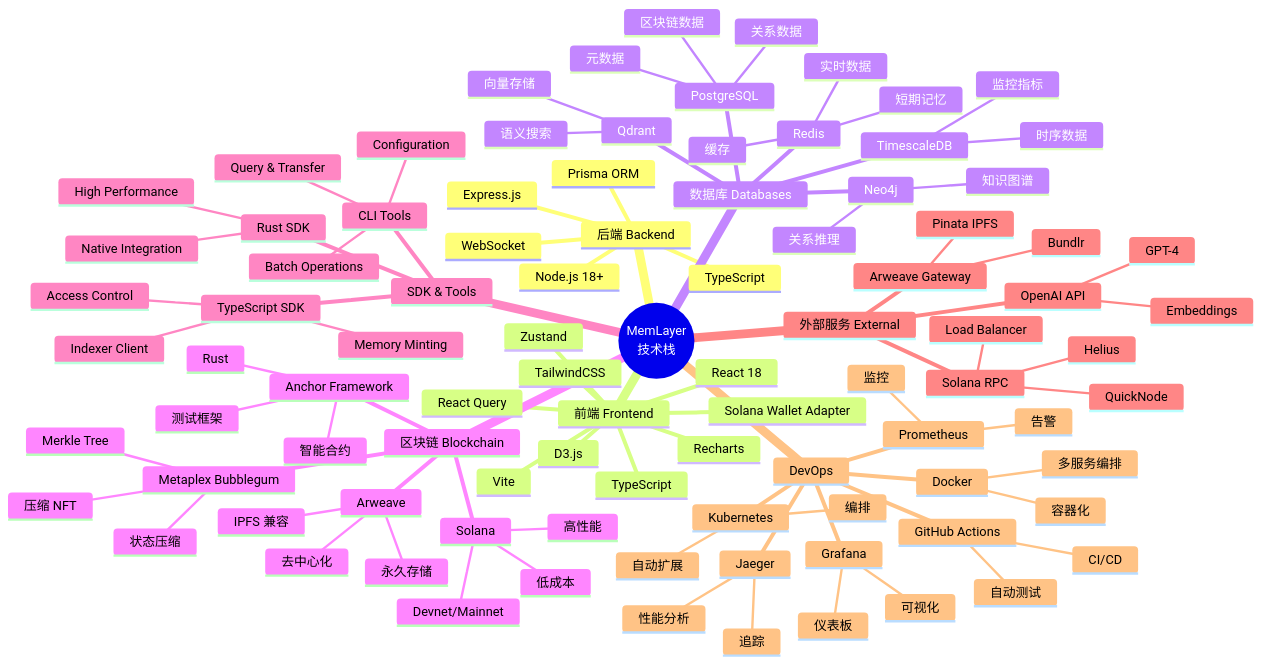
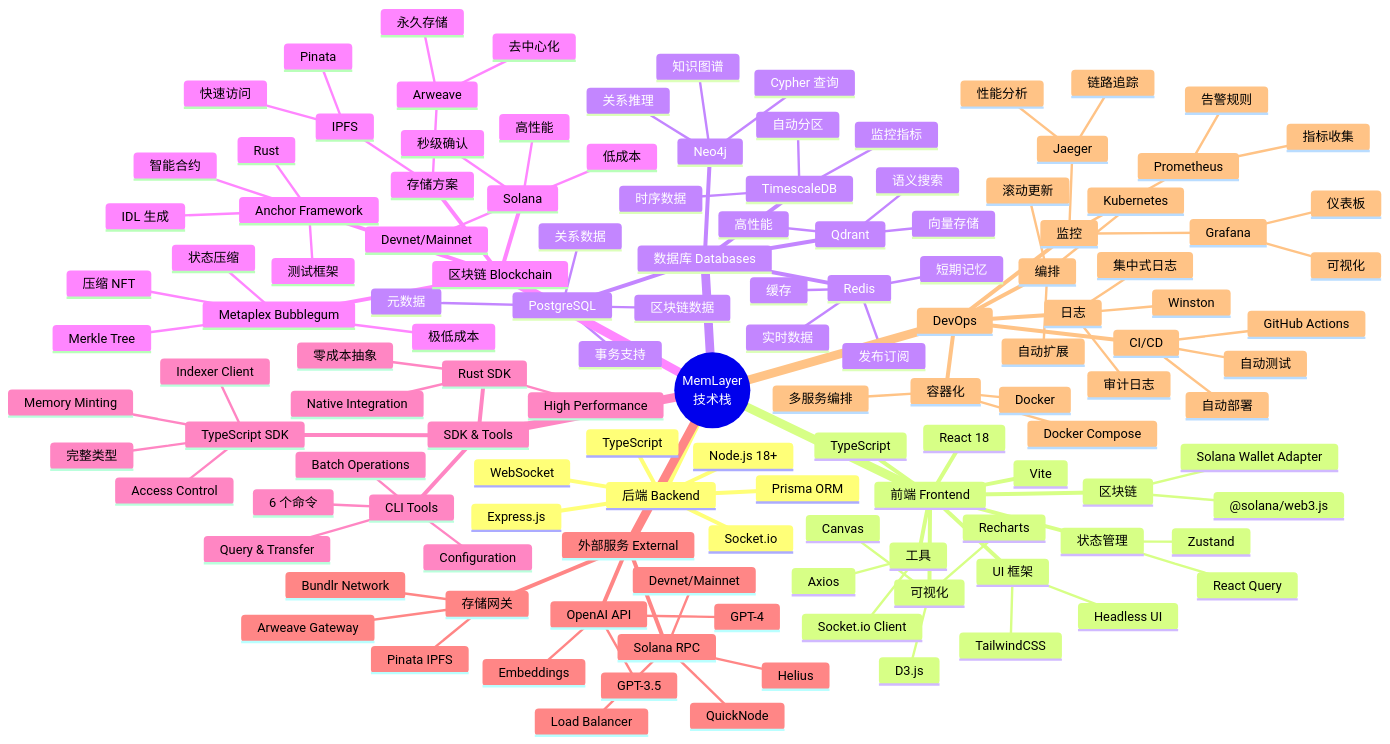
One commit to tao-shen/MemLayer changed the eighth of 13 diagrams in PROJECT_ARCHITECTURE.md. Above: the diagram before and after it, drawn with Mermaid. The commit also changed other lines of this file and 33 other files, not shown here.

First line of the commit message:
docs(architecture): Update comprehensive project architecture documentation

````diff
--- a/PROJECT_ARCHITECTURE.md
+++ b/PROJECT_ARCHITECTURE.md
@@ -465,91 +591,127 @@
       Express.js
       Prisma ORM
       WebSocket
+      Socket.io
     前端 Frontend
       React 18
       TypeScript
       Vite
-      Solana Wallet Adapter
-      TailwindCSS
-      D3.js
-      Recharts
-      React Query
-      Zustand
+      状态管理
+        Zustand
+        React Query
+      UI 框架
+        TailwindCSS
+        Headless UI
+      可视化
+        D3.js
+        Recharts
+        Canvas
+      区块链
+        Solana Wallet Adapter
+        @solana/web3.js
+      工具
+        Axios
+        Socket.io Client
     数据库 Databases
       PostgreSQL
         关系数据
         元数据
         区块链数据
+        事务支持
       Qdrant
         向量存储
         语义搜索
+        高性能
       Neo4j
         知识图谱
         关系推理
+        Cypher 查询
       Redis
         缓存
         短期记忆
         实时数据
+        发布订阅
       TimescaleDB
         时序数据
         监控指标
+        自动分区
     区块链 Blockchain
       Solana
         高性能
         低成本
         Devnet/Mainnet
+        秒级确认
       Anchor Framework
         智能合约
         Rust
         测试框架
+        IDL 生成
       Metaplex Bubblegum
         压缩 NFT
         状态压缩
         Merkle Tree
-      Arweave
-        永久存储
-        去中心化
-        IPFS 兼容
+        极低成本
+      存储方案
+        Arweave
+          永久存储
+          去中心化
+        IPFS
+          快速访问
+          Pinata
     SDK & Tools
       TypeScript SDK
         Memory Minting
         Indexer Client
         Access Control
+        完整类型
       Rust SDK
         Native Integration
         High Performance
+        零成本抽象
       CLI Tools
         Batch Operations
         Query & Transfer
         Configuration
+        6 个命令
     外部服务 External
       OpenAI API
         Embeddings
         GPT-4
+        GPT-3.5
       Solana RPC
         Helius
         QuickNode
         Load Balancer
-      Arweave Gateway
-        Bundlr
+        Devnet/Mainnet
+      存储网关
+        Arweave Gateway
         Pinata IPFS
+        Bundlr Network
     DevOps
-      Docker
-        容器化
+      容器化
+        Docker
+        Docker Compose
         多服务编排
-      Kubernetes
-        编排
+      编排
+        Kubernetes
         自动扩展
-      GitHub Actions
-        CI/CD
+        滚动更新
+      CI/CD
+        GitHub Actions
         自动测试
-      Prometheus
-        监控
-        告警
-      Grafana
-        可视化
-        仪表板
-      Jaeger
-        追踪
-        性能分析
+        自动部署
+      监控
+        Prometheus
+          指标收集
+          告警规则
+        Grafana
+          可视化
+          仪表板
+        Jaeger
+          链路追踪
+          性能分析
+      日志
+        Winston
+        集中式日志
+        审计日志
 ```
````
